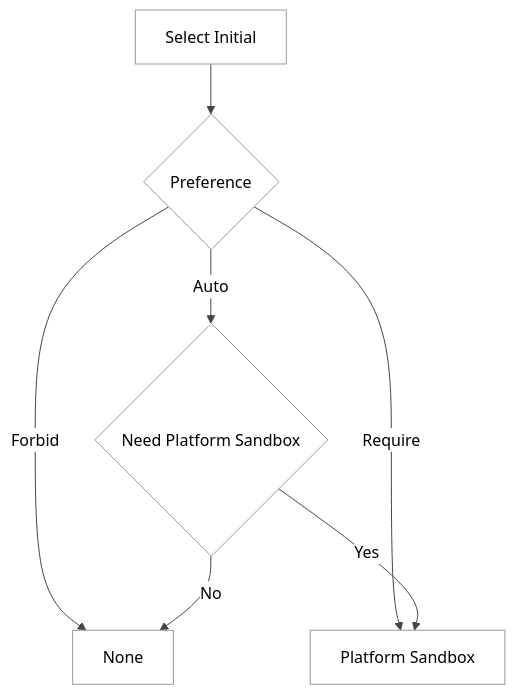
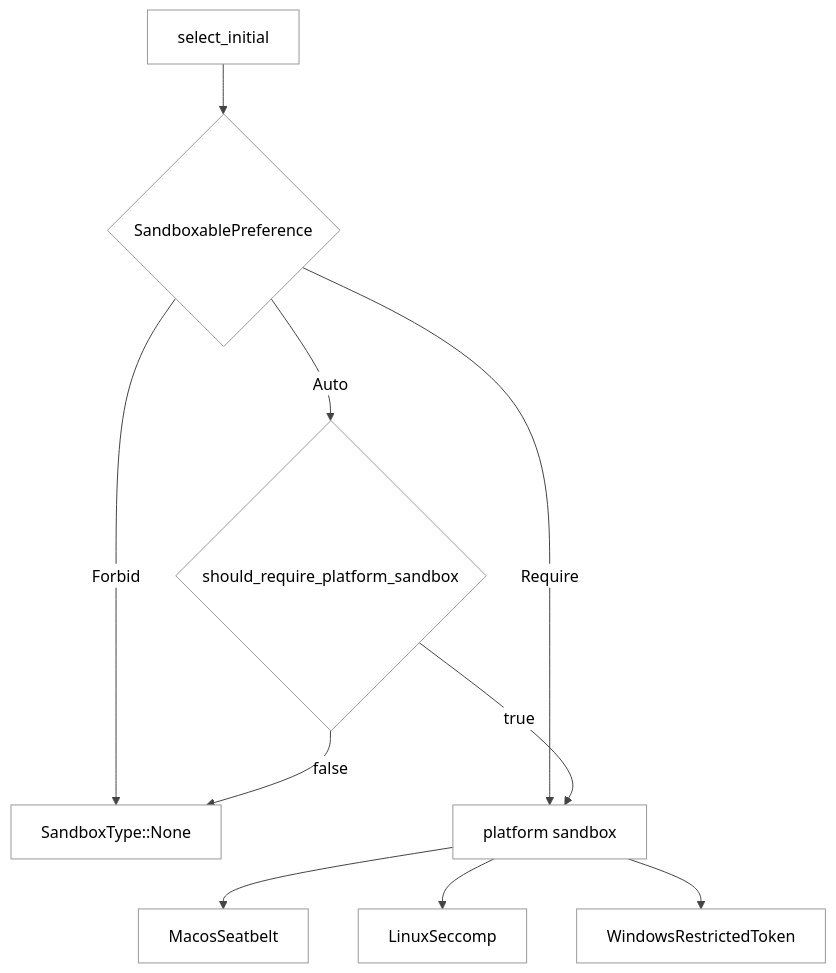
One commit to GLBB/codex-source-analysis changed the second of 6 diagrams in Part II Source Analysis/12-macOS与Linux沙箱.md. Above: the diagram before and after it, drawn with Mermaid. The commit also changed other lines of this file and 3 other files, not shown here.

````diff
--- a/Part II Source Analysis/12-macOS与Linux沙箱.md
+++ b/Part II Source Analysis/12-macOS与Linux沙箱.md
@@ -180,10 +233,13 @@
 ```mermaid
 %%{init: {"theme":"neutral","themeCSS":"svg { background: #ffffff !important; }","themeVariables":{"background":"#ffffff","mainBkg":"#ffffff","primaryColor":"#f5f5f5","primaryTextColor":"#000000","primaryBorderColor":"#333333","lineColor":"#444444","secondaryColor":"#f6f8fa","tertiaryColor":"#ffffff","edgeLabelBackground":"#ffffff","fontFamily":"Helvetica"}}}%%
 flowchart TD
-    Start["Select Initial"] --> Pref{"Preference"}
-    Pref -->|Forbid| SNone["None"]
-    Pref -->|Require| SPlatform["Platform Sandbox"]
-    Pref -->|Auto| Need{"Need Platform Sandbox"}
-    Need -->|No| SNone
-    Need -->|Yes| SPlatform
+    Start["select_initial"] --> Pref{"SandboxablePreference"}
+    Pref -->|Forbid| SNone["SandboxType::None"]
+    Pref -->|Require| SPlatform["platform sandbox"]
+    Pref -->|Auto| Need{"should_require_platform_sandbox"}
+    Need -->|false| SNone
+    Need -->|true| SPlatform
+    SPlatform --> Mac["MacosSeatbelt"]
+    SPlatform --> Lin["LinuxSeccomp"]
+    SPlatform --> Win["WindowsRestrictedToken"]
 ```
````
